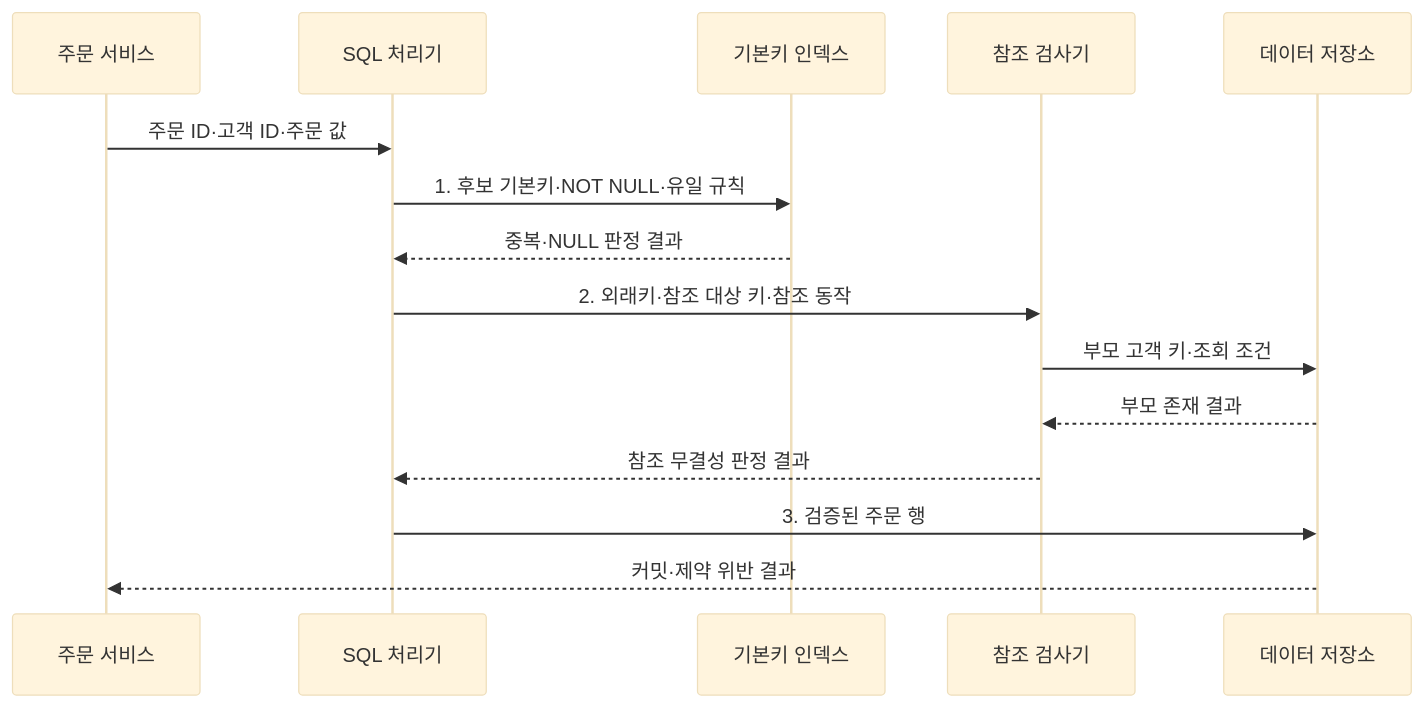
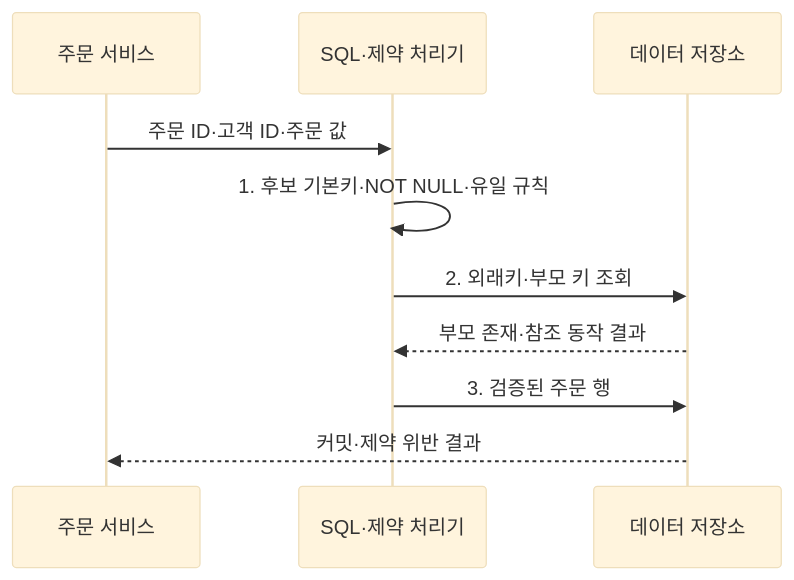
The second of 2 diagrams in src/content/docs/notes/03-software/092_entity_referential_integrity.md (agnusdei1207/knowledge-base), drawn with Mermaid (base theme) before and after one commit. The commit also changed 8 other files, not shown here.

Commit message:
Simplify database execution diagrams

````diff
--- a/src/content/docs/notes/03-software/092_entity_referential_integrity.md
+++ b/src/content/docs/notes/03-software/092_entity_referential_integrity.md
@@ -97,17 +97,12 @@
 ```mermaid
 sequenceDiagram
     participant APP as 주문 서비스
-    participant SQL as SQL 처리기
-    participant PK as 기본키 인덱스
-    participant FK as 참조 검사기
+    participant SQL as SQL·제약 처리기
     participant DB as 데이터 저장소
     APP->>SQL: 주문 ID·고객 ID·주문 값
-    SQL->>PK: 1. 후보 기본키·NOT NULL·유일 규칙
-    PK-->>SQL: 중복·NULL 판정 결과
-    SQL->>FK: 2. 외래키·참조 대상 키·참조 동작
-    FK->>DB: 부모 고객 키·조회 조건
-    DB-->>FK: 부모 존재 결과
-    FK-->>SQL: 참조 무결성 판정 결과
+    SQL->>SQL: 1. 후보 기본키·NOT NULL·유일 규칙
+    SQL->>DB: 2. 외래키·부모 키 조회
+    DB-->>SQL: 부모 존재·참조 동작 결과
     SQL->>DB: 3. 검증된 주문 행
     DB-->>APP: 커밋·제약 위반 결과
 ```
````
